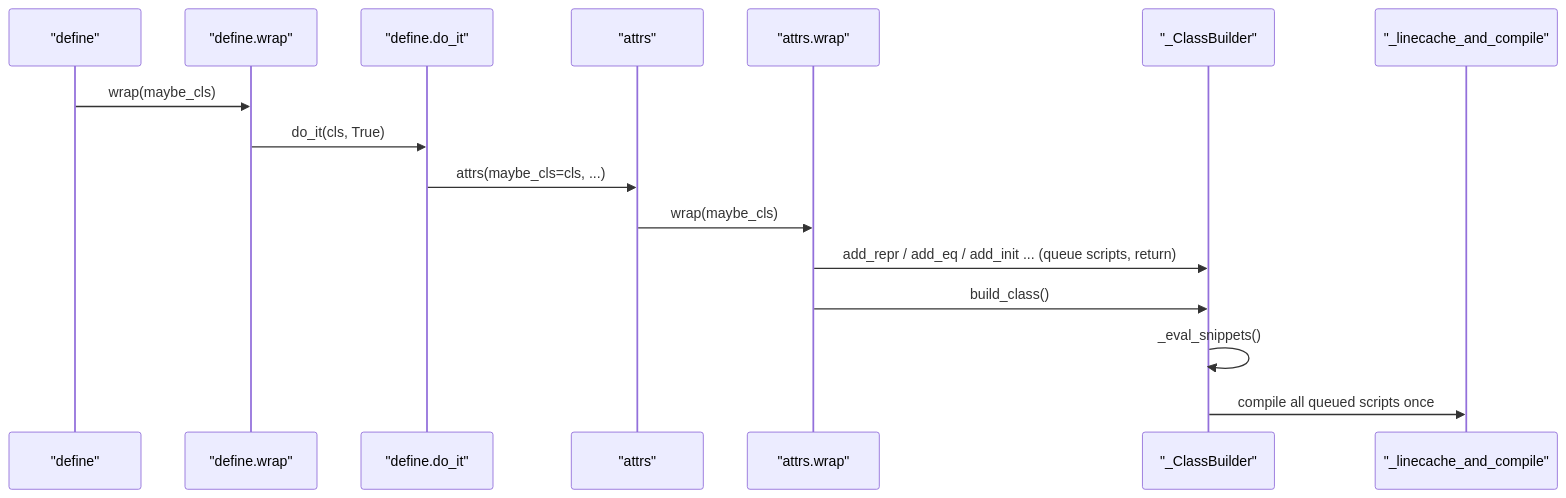
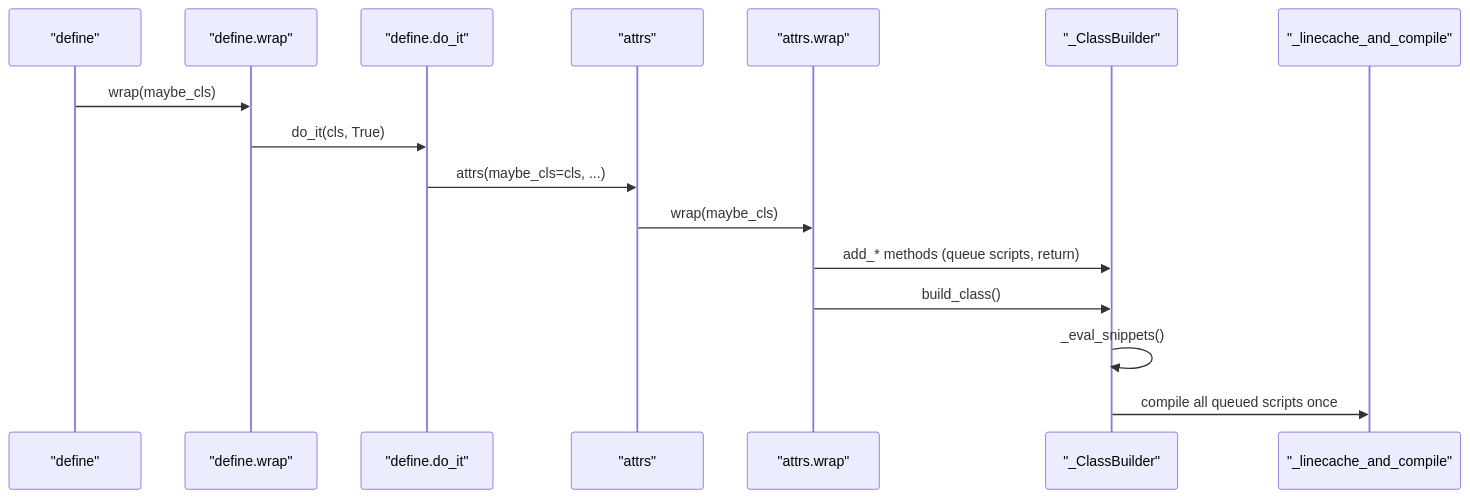
One commit to anshiwang8/codespaceleetcode changed the diagram in content/solutions/attrs-trace-001.md. Above: the diagram before and after it, drawn with Mermaid. The commit also changed other lines of this file and 26 other files, not shown here.

````diff
--- a/content/solutions/attrs-trace-001.md
+++ b/content/solutions/attrs-trace-001.md
@@ -71,18 +71,18 @@
 ```mermaid
 sequenceDiagram
     participant D as "define"
     participant DW as "define.wrap"
     participant DO as "define.do_it"
     participant A as "attrs"
     participant AW as "attrs.wrap"
     participant B as "_ClassBuilder"
     participant L as "_linecache_and_compile"
     D->>DW: wrap(maybe_cls)
     DW->>DO: do_it(cls, True)
     DO->>A: attrs(maybe_cls=cls, ...)
     A->>AW: wrap(maybe_cls)
-    AW->>B: add_repr / add_eq / add_init ... (queue scripts, return)
+    AW->>B: add_* methods (queue scripts, return)
     AW->>B: build_class()
     B->>B: _eval_snippets()
     B->>L: compile all queued scripts once
 ```
````
